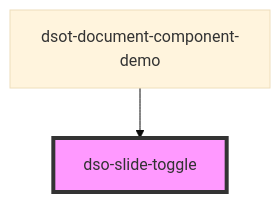
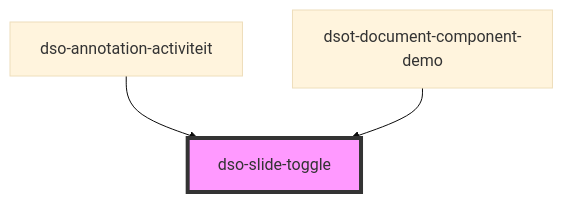
The diagram in packages/core/src/components/slide-toggle/readme.md (dso-toolkit/dso-toolkit), drawn with Mermaid (base theme) before and after one commit. The commit also changed other lines of this file and 28 other files, not shown here.

````diff
--- a/packages/core/src/components/slide-toggle/readme.md
+++ b/packages/core/src/components/slide-toggle/readme.md
@@ -33,5 +34,6 @@
 ```mermaid
 graph TD;
+  dso-annotation-activiteit --> dso-slide-toggle
   dsot-document-component-demo --> dso-slide-toggle
   style dso-slide-toggle fill:#f9f,stroke:#333,stroke-width:4px
 ```
````
